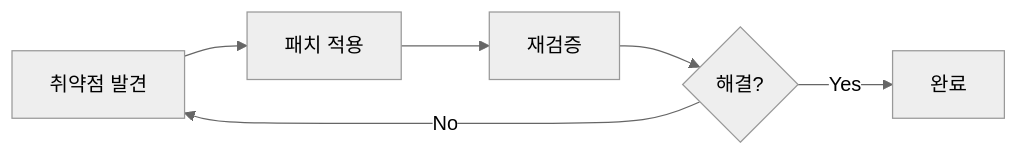
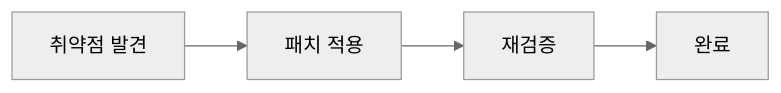
One commit to sbaek100/sbaek100.github.io changed the fourth of 4 diagrams in _posts/2026-03-01-markdown-2.md. Above: the diagram before and after it, drawn with Mermaid (neutral theme). The commit also changed other lines of this file and 3 other files, not shown here.

````diff
--- a/_posts/2026-03-01-markdown-2.md
+++ b/_posts/2026-03-01-markdown-2.md
@@ -322,8 +703,4 @@
 ```mermaid
 flowchart LR
-    A[취약점 발견] --> B[패치 적용]
-    B --> C[재검증]
-    C --> D{해결?}
-    D -->|Yes| E[완료]
-    D -->|No| A
+    A[취약점 발견] --> B[패치 적용] --> C[재검증] --> D[완료]
 ```
````
